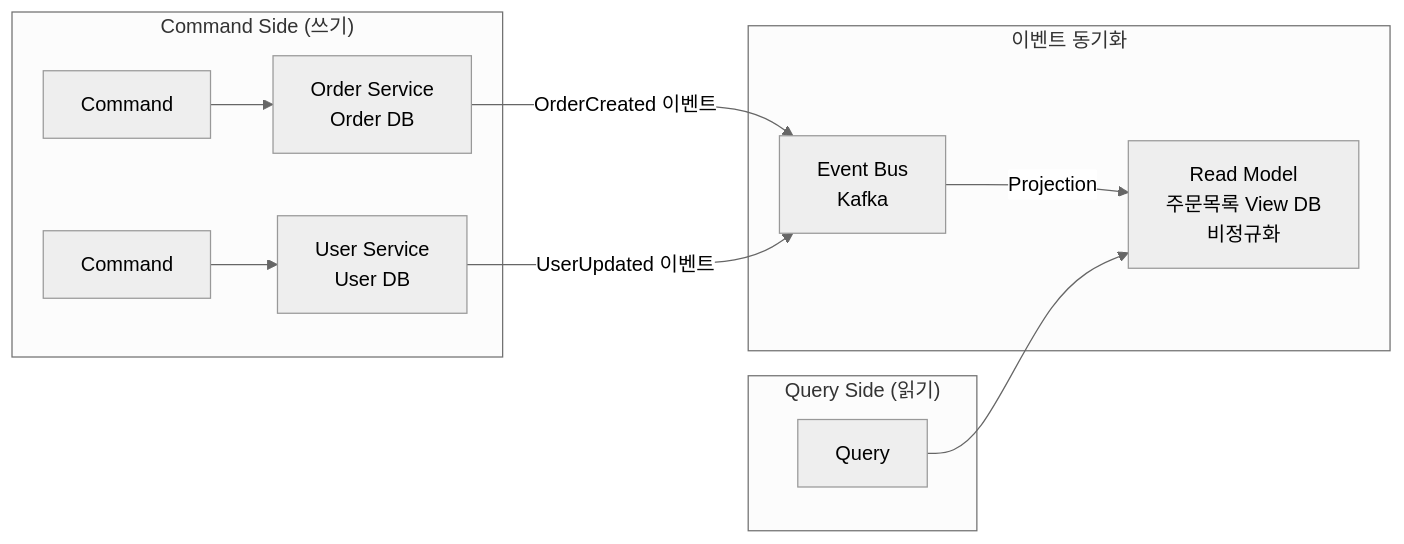
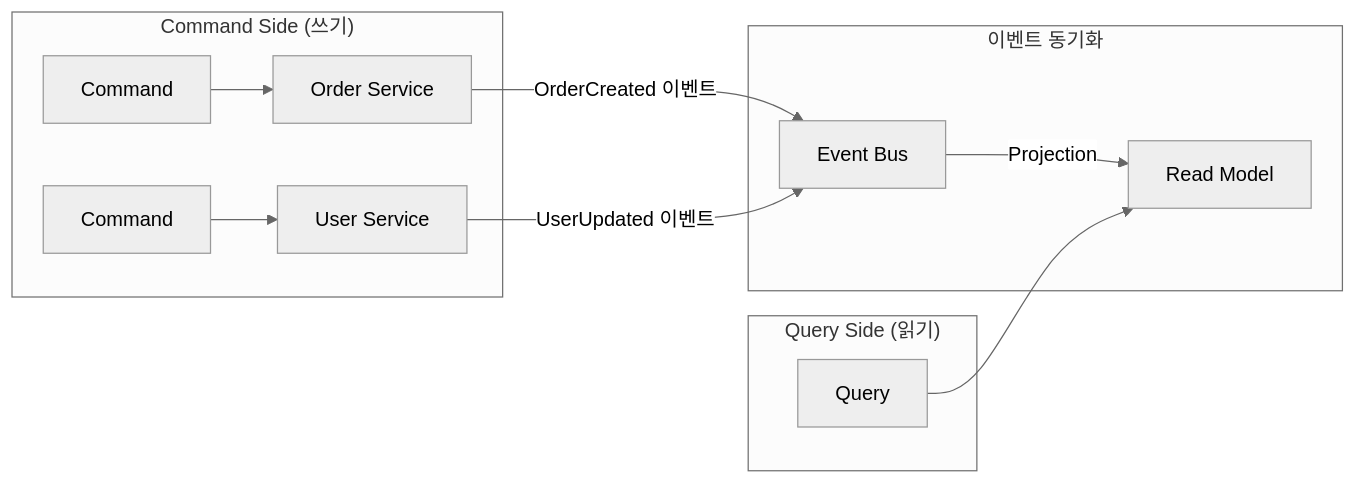
Before and after one commit to yjkim2015/yjkim2015.github.io: the fourth of 4 diagrams in _posts/architecture/2026-05-01-msa.md, drawn with Mermaid (neutral theme). The commit also changed other lines of this file and 217 other files, not shown here.

First line of the commit message:
Mermaid 크기 수정: useMaxWidth:true + SVG max-width:100% + 라벨 축소

````diff
--- a/_posts/architecture/2026-05-01-msa.md
+++ b/_posts/architecture/2026-05-01-msa.md
@@ -266,15 +266,15 @@
 ```mermaid
 graph LR
     subgraph "Command Side (쓰기)"
-        CMD[Command] --> OS[Order Service\nOrder DB]
-        CMD2[Command] --> US[User Service\nUser DB]
+        CMD[Command] --> OS[Order Service]
+        CMD2[Command] --> US[User Service]
     end
     subgraph "이벤트 동기화"
-        OS -->|OrderCreated 이벤트| EB[Event Bus\nKafka]
+        OS -->|OrderCreated 이벤트| EB[Event Bus]
         US -->|UserUpdated 이벤트| EB
-        EB -->|Projection| RM[Read Model\n주문목록 View DB\n비정규화]
+        EB -->|Projection| RM[Read Model]
     end
     subgraph "Query Side (읽기)"
         Q[Query] --> RM
     end
 ```
````
